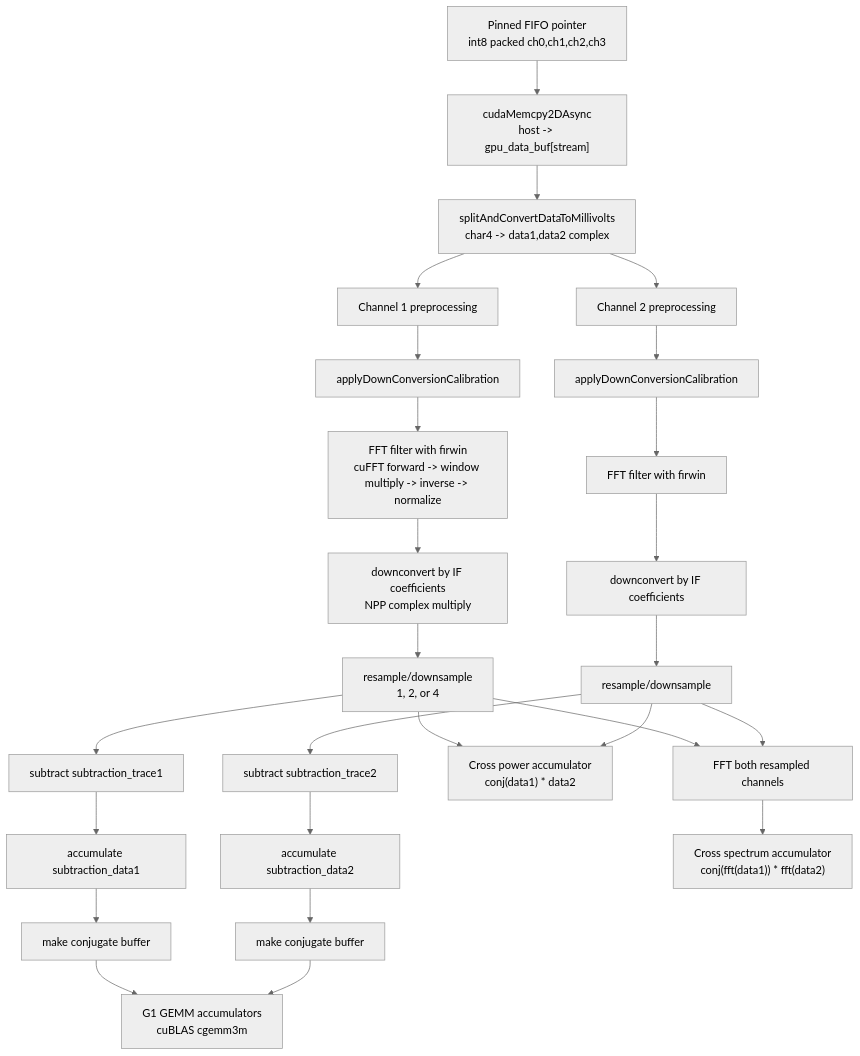
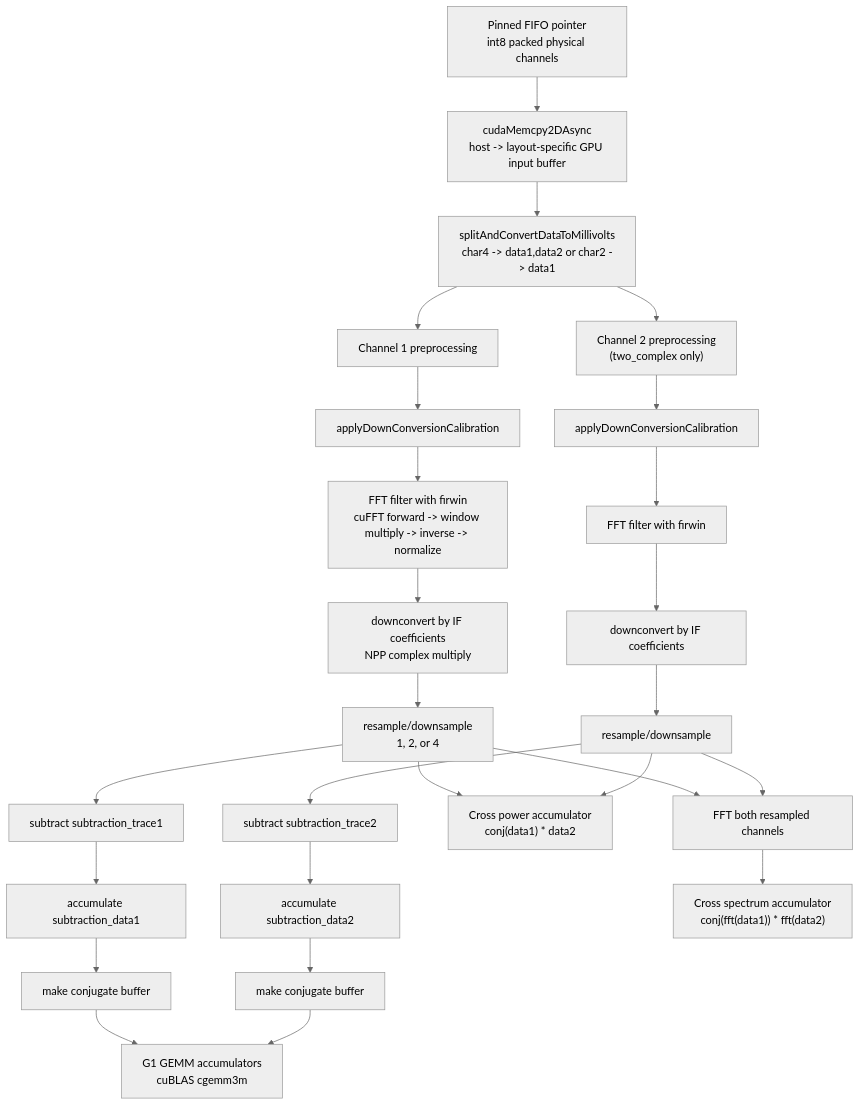
The fourth of 4 diagrams in AverageField_try_audit.md (andrey-vasenin/G2_measurement), drawn with Mermaid (neutral theme) before and after one commit. The commit also changed other lines of this file and 10 other files, not shown here.

````diff
--- a/AverageField_try_audit.md
+++ b/AverageField_try_audit.md
@@ -219,32 +222,32 @@
 ```mermaid
 flowchart TD
-    A["Pinned FIFO pointer<br/>int8 packed ch0,ch1,ch2,ch3"] --> B["cudaMemcpy2DAsync<br/>host -> gpu_data_buf[stream]"]
-    B --> C["splitAndConvertDataToMillivolts<br/>char4 -> data1,data2 complex"]
+    A["Pinned FIFO pointer<br/>int8 packed physical channels"] --> B["cudaMemcpy2DAsync<br/>host -> layout-specific GPU input buffer"]
+    B --> C["splitAndConvertDataToMillivolts<br/>char4 -> data1,data2 or char2 -> data1"]
 
     C --> D1["Channel 1 preprocessing"]
-    C --> D2["Channel 2 preprocessing"]
+    C --> D2["Channel 2 preprocessing<br/>(two_complex only)"]
 
     D1 --> E1["applyDownConversionCalibration"]
     E1 --> F1["FFT filter with firwin<br/>cuFFT forward -> window multiply -> inverse -> normalize"]
     F1 --> G1["downconvert by IF coefficients<br/>NPP complex multiply"]
     G1 --> H1["resample/downsample<br/>1, 2, or 4"]
     H1 --> I1["subtract subtraction_trace1"]
     I1 --> J1["accumulate subtraction_data1"]
     J1 --> K1["make conjugate buffer"]
 
     D2 --> E2["applyDownConversionCalibration"]
     E2 --> F2["FFT filter with firwin"]
     F2 --> G2["downconvert by IF coefficients"]
     G2 --> H2["resample/downsample"]
     H2 --> I2["subtract subtraction_trace2"]
     I2 --> J2["accumulate subtraction_data2"]
     J2 --> K2["make conjugate buffer"]
 
     K1 --> L["G1 GEMM accumulators<br/>cuBLAS cgemm3m"]
     K2 --> L
     H1 --> CP["Cross power accumulator<br/>conj(data1) * data2"]
     H2 --> CP
     H1 --> FFTS["FFT both resampled channels"]
     H2 --> FFTS
     FFTS --> CS["Cross spectrum accumulator<br/>conj(fft(data1)) * fft(data2)"]
 ```
````
